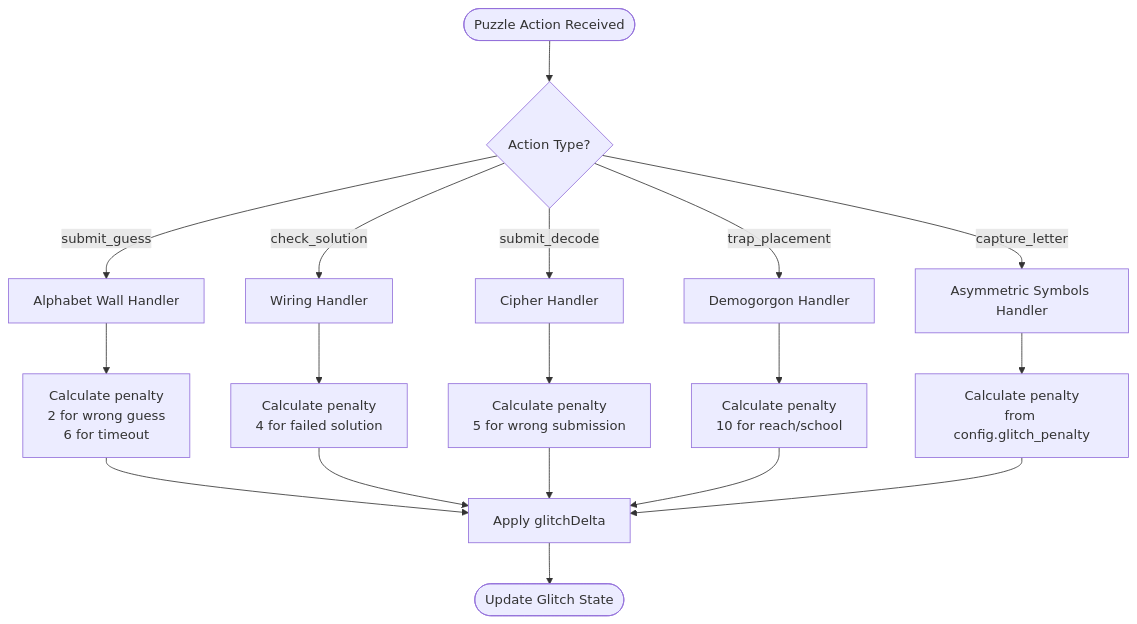
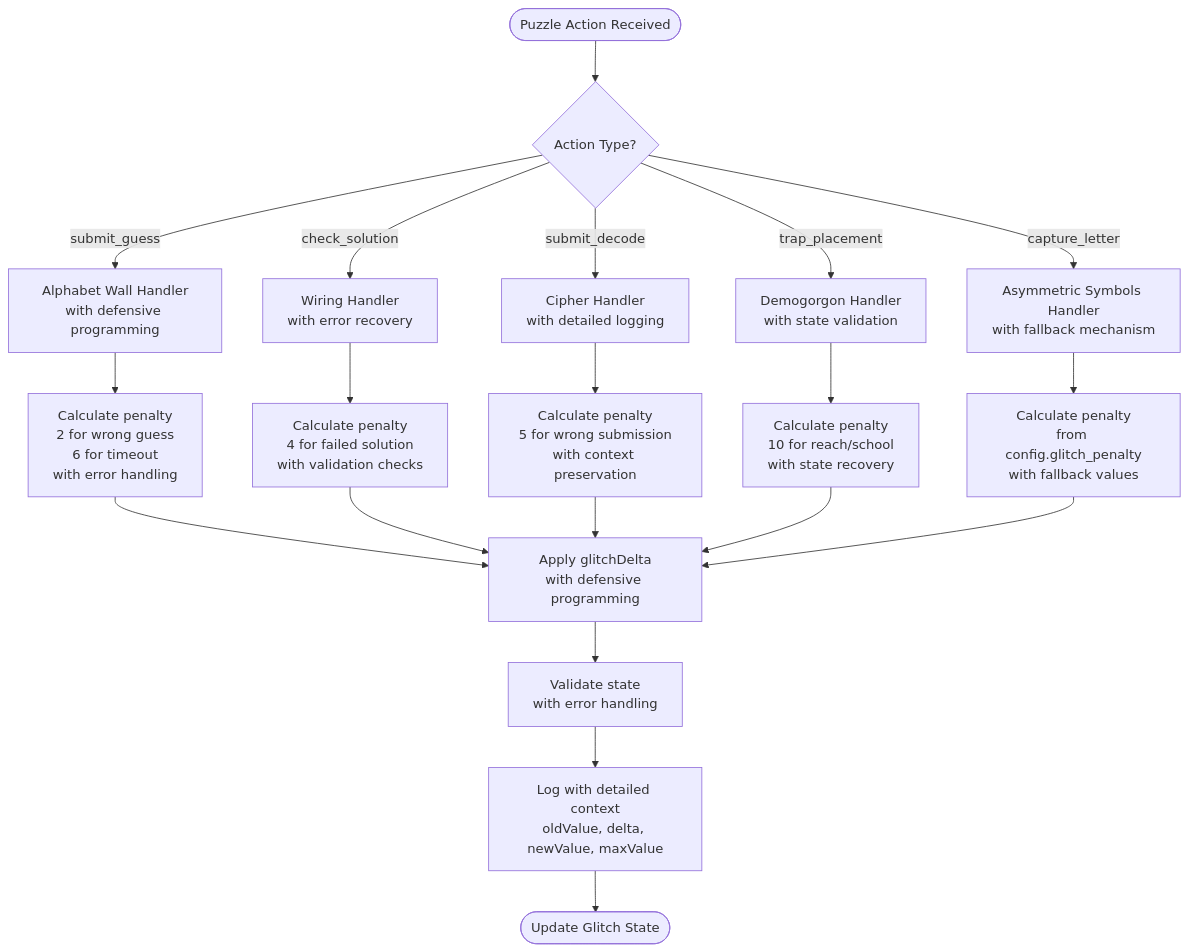
Before and after one commit to dkoukoul/escape-room-mvp: the fourth of 10 diagrams in .qoder/repowiki/en/content/Game Mechanics/Glitch Meter System.md, drawn with Mermaid. The commit also changed other lines of this file and 21 other files, not shown here.

````diff
--- a/.qoder/repowiki/en/content/Game Mechanics/Glitch Meter System.md
+++ b/.qoder/repowiki/en/content/Game Mechanics/Glitch Meter System.md
@@ -158,20 +197,22 @@
 ```mermaid
 flowchart TD
 Start([Puzzle Action Received]) --> CheckAction{Action Type?}
-CheckAction --> |submit_guess| AlphabetCheck["Alphabet Wall Handler"]
-CheckAction --> |check_solution| WiringCheck["Wiring Handler"]
-CheckAction --> |submit_decode| CipherCheck["Cipher Handler"]
-CheckAction --> |trap_placement| DemogorgonCheck["Demogorgon Handler"]
-CheckAction --> |capture_letter| SymbolsCheck["Asymmetric Symbols Handler"]
-AlphabetCheck --> AlgoCalc["Calculate penalty<br/>2 for wrong guess<br/>6 for timeout"]
-WiringCheck --> WireCalc["Calculate penalty<br/>4 for failed solution"]
-CipherCheck --> CipherCalc["Calculate penalty<br/>5 for wrong submission"]
-DemogorgonCheck --> DemoCalc["Calculate penalty<br/>10 for reach/school"]
-SymbolsCheck --> SymCalc["Calculate penalty<br/>from config.glitch_penalty"]
-AlgoCalc --> ApplyDelta["Apply glitchDelta"]
+CheckAction --> |submit_guess| AlphabetCheck["Alphabet Wall Handler<br/>with defensive programming"]
+CheckAction --> |check_solution| WiringCheck["Wiring Handler<br/>with error recovery"]
+CheckAction --> |submit_decode| CipherCheck["Cipher Handler<br/>with detailed logging"]
+CheckAction --> |trap_placement| DemogorgonCheck["Demogorgon Handler<br/>with state validation"]
+CheckAction --> |capture_letter| SymbolsCheck["Asymmetric Symbols Handler<br/>with fallback mechanism"]
+AlphabetCheck --> AlgoCalc["Calculate penalty<br/>2 for wrong guess<br/>6 for timeout<br/>with error handling"]
+WiringCheck --> WireCalc["Calculate penalty<br/>4 for failed solution<br/>with validation checks"]
+CipherCheck --> CipherCalc["Calculate penalty<br/>5 for wrong submission<br/>with context preservation"]
+DemogorgonCheck --> DemoCalc["Calculate penalty<br/>10 for reach/school<br/>with state recovery"]
+SymbolsCheck --> SymCalc["Calculate penalty<br/>from config.glitch_penalty<br/>with fallback values"]
+AlgoCalc --> ApplyDelta["Apply glitchDelta<br/>with defensive programming"]
 WireCalc --> ApplyDelta
 CipherCalc --> ApplyDelta
 DemoCalc --> ApplyDelta
 SymCalc --> ApplyDelta
-ApplyDelta --> End([Update Glitch State])
+ApplyDelta --> ValidateState["Validate state<br/>with error handling"]
+ValidateState --> LogUpdate["Log with detailed context<br/>oldValue, delta, newValue, maxValue"]
+LogUpdate --> End([Update Glitch State])
 ```
````
